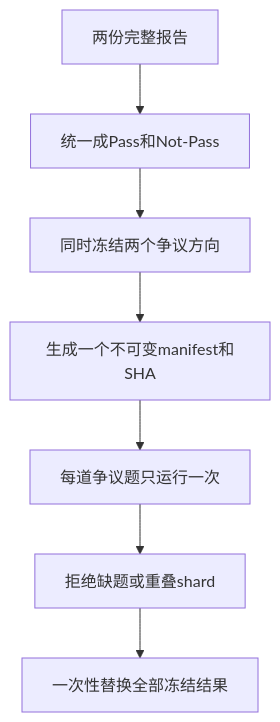
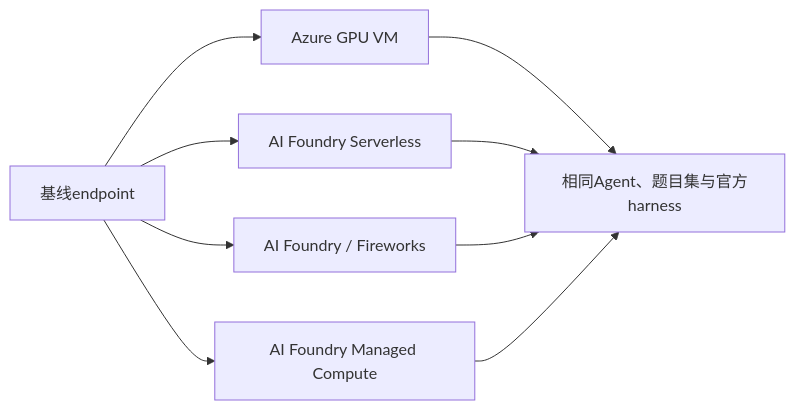
One commit to david-xinyuwei/david-share changed the second of 2 diagrams in Deep-Learning/OSS-Model-SWE-bench-Evaluation-Playbook/README-CN.md. Above: the diagram before and after it, drawn with Mermaid. The commit also changed other lines of this file and 15 other files, not shown here.

````diff
--- a/Deep-Learning/OSS-Model-SWE-bench-Evaluation-Playbook/README-CN.md
+++ b/Deep-Learning/OSS-Model-SWE-bench-Evaluation-Playbook/README-CN.md
@@ -946,9 +67,11 @@
 ```mermaid
-flowchart TD
-    A[两份完整报告] --> B[统一成Pass和Not-Pass]
-    B --> C[同时冻结两个争议方向]
-    C --> D[生成一个不可变manifest和SHA]
-    D --> E[每道争议题只运行一次]
-    E --> F[拒绝缺题或重叠shard]
-    F --> G[一次性替换全部冻结结果]
+flowchart LR
+  R[基线endpoint] --> V[Azure GPU VM]
+  R --> S[AI Foundry Serverless]
+  R --> F[AI Foundry / Fireworks]
+  R --> M[AI Foundry Managed Compute]
+  V --> G[相同Agent、题目集与官方harness]
+  S --> G
+  F --> G
+  M --> G
 ```
````
